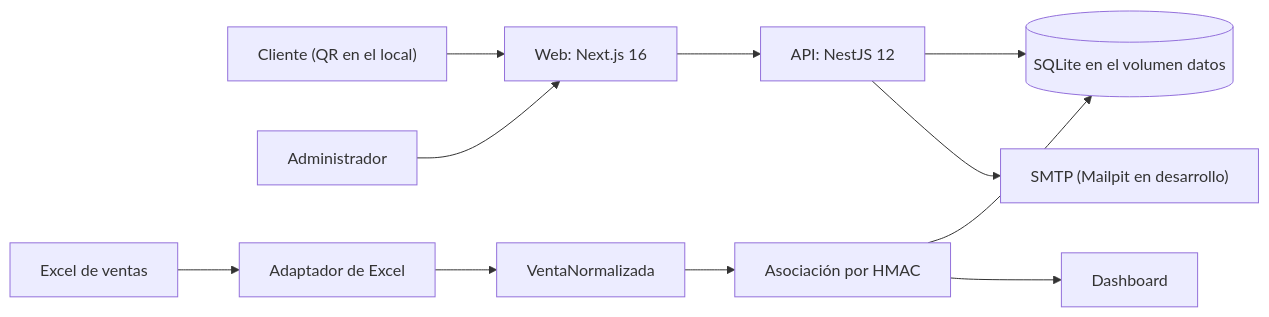
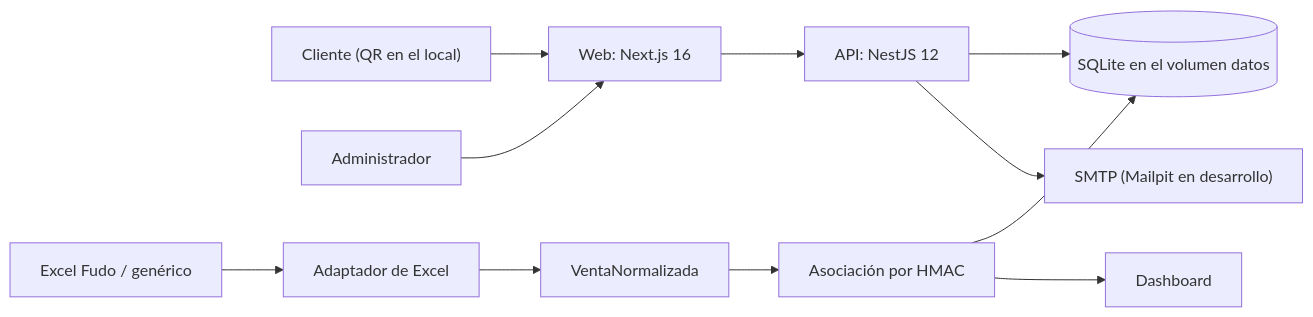
The diagram in README.md (DHat3r/Cafeteria), drawn with Mermaid before and after one commit. The commit also changed other lines of this file and 24 other files, not shown here.

````diff
--- a/README.md
+++ b/README.md
@@ -76,13 +81,13 @@
 ```mermaid
 flowchart LR
     QR["Cliente (QR en el local)"] --> WEB
     ADM["Administrador"] --> WEB
     WEB["Web: Next.js 16"] --> API["API: NestJS 12"]
     API --> DB[("SQLite en el volumen datos")]
     API --> SMTP["SMTP (Mailpit en desarrollo)"]
-    XLS["Excel de ventas"] --> ADP["Adaptador de Excel"]
+    XLS["Excel Fudo / genérico"] --> ADP["Adaptador de Excel"]
     ADP --> VN["VentaNormalizada"]
     VN --> ASOC["Asociación por HMAC"]
     ASOC --> DB
     ASOC --> DASH["Dashboard"]
 ```
````
